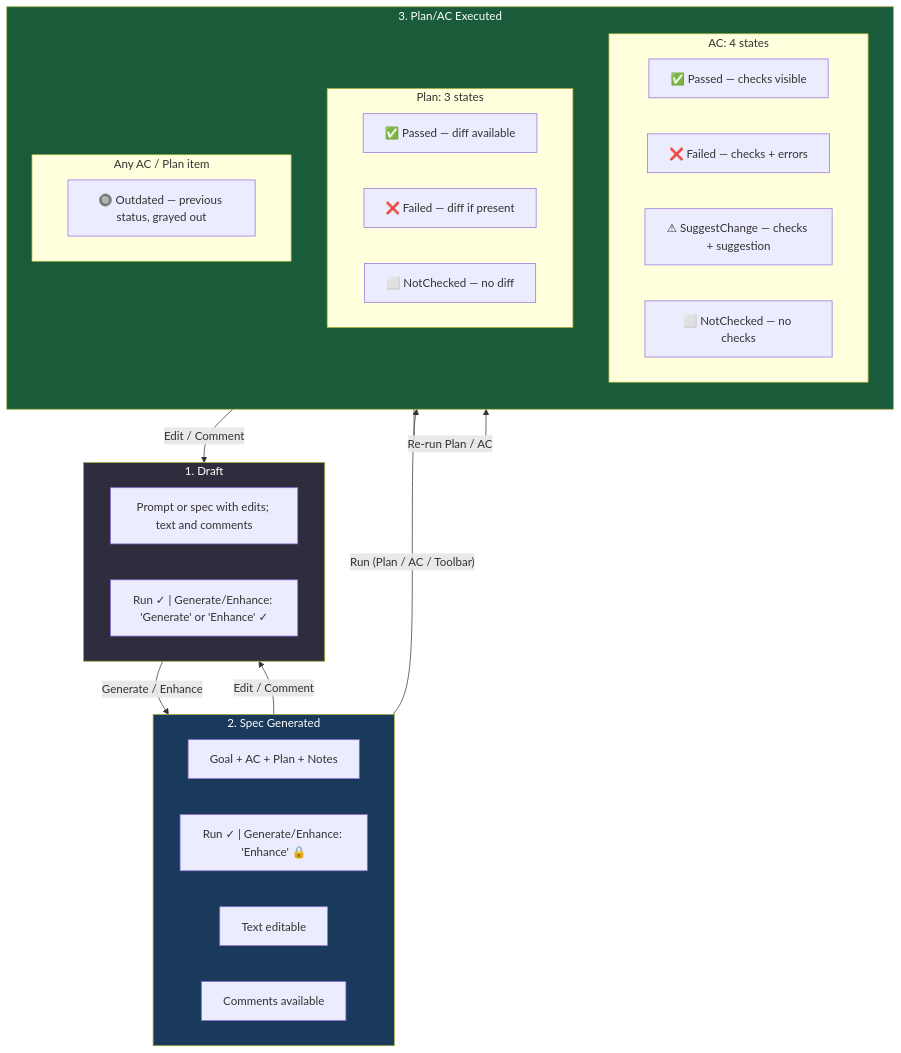
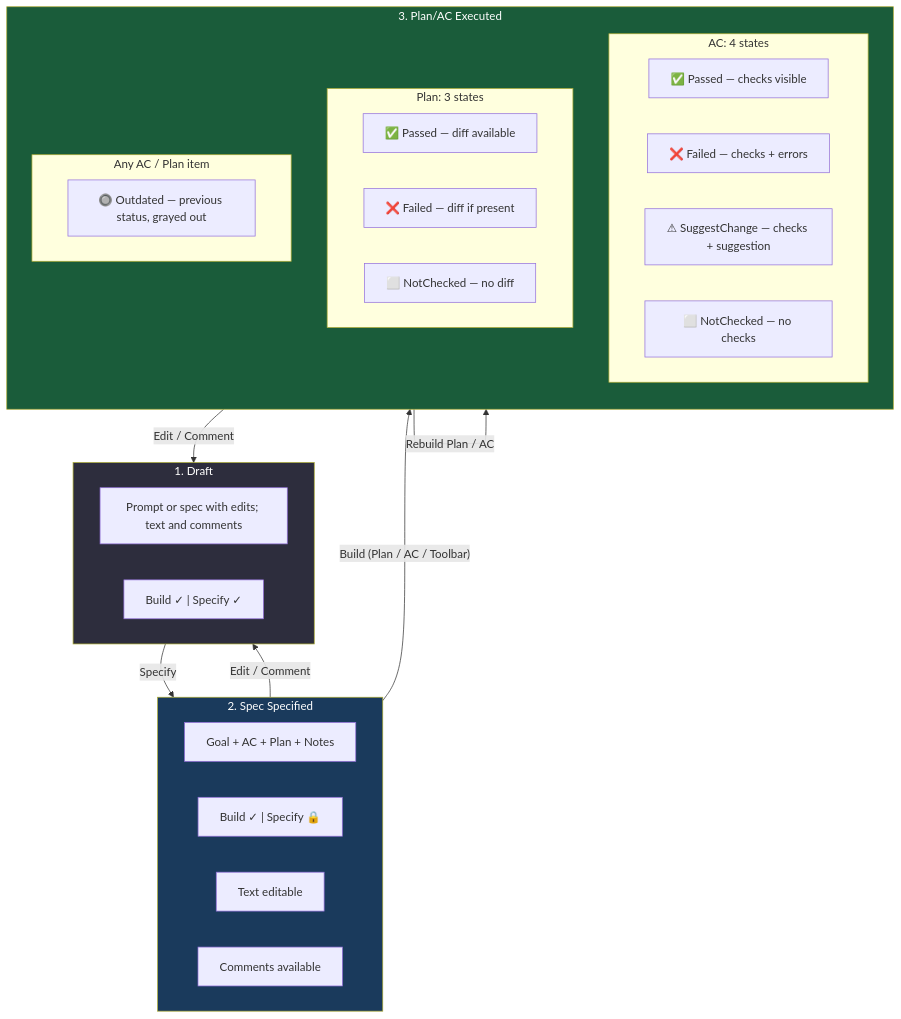
The first of 6 diagrams in src/Specifications/spec-flow.md (NiplusM/SDD), drawn with Mermaid before and after one commit. The commit also changed other lines of this file and 13 other files, not shown here.

Commit message:
Updated flow

````diff
--- a/src/Specifications/spec-flow.md
+++ b/src/Specifications/spec-flow.md
@@ -9,42 +9,42 @@
 ```mermaid
 flowchart TD
     subgraph DRAFT["1. Draft"]
         D1["Prompt or spec with edits; text and comments"]
-        D2["Run ✓ | Generate/Enhance: 'Generate' or 'Enhance' ✓"]
+        D2["Build ✓ | Specify ✓"]
     end
 
-    subgraph SPEC["2. Spec Generated"]
+    subgraph SPEC["2. Spec Specified"]
         S1["Goal + AC + Plan + Notes"]
-        S2["Run ✓ | Generate/Enhance: 'Enhance' 🔒"]
+        S2["Build ✓ | Specify 🔒"]
         S3["Text editable"]
         S4["Comments available"]
     end
 
     subgraph EXEC["3. Plan/AC Executed"]
         direction TB
         subgraph AC_States["AC: 4 states"]
             AC1["✅ Passed — checks visible"]
             AC2["❌ Failed — checks + errors"]
             AC3["⚠ SuggestChange — checks + suggestion"]
             AC4["⬜ NotChecked — no checks"]
         end
         subgraph Plan_States["Plan: 3 states"]
             P1["✅ Passed — diff available"]
             P2["❌ Failed — diff if present"]
             P3["⬜ NotChecked — no diff"]
         end
         subgraph Outdated_Note["Any AC / Plan item"]
             O1["🔘 Outdated — previous status, grayed out"]
         end
     end
 
-    DRAFT -->|"Generate / Enhance"| SPEC
+    DRAFT -->|"Specify"| SPEC
     SPEC -->|"Edit / Comment"| DRAFT
-    SPEC -->|"Run (Plan / AC / Toolbar)"| EXEC
+    SPEC -->|"Build (Plan / AC / Toolbar)"| EXEC
     EXEC -->|"Edit / Comment"| DRAFT
-    EXEC -->|"Re-run Plan / AC"| EXEC
+    EXEC -->|"Rebuild Plan / AC"| EXEC
 
     style DRAFT fill:#2d2d3d,color:#fff
     style SPEC fill:#1a3a5c,color:#fff
     style EXEC fill:#1a5c3a,color:#fff
 ```
````
